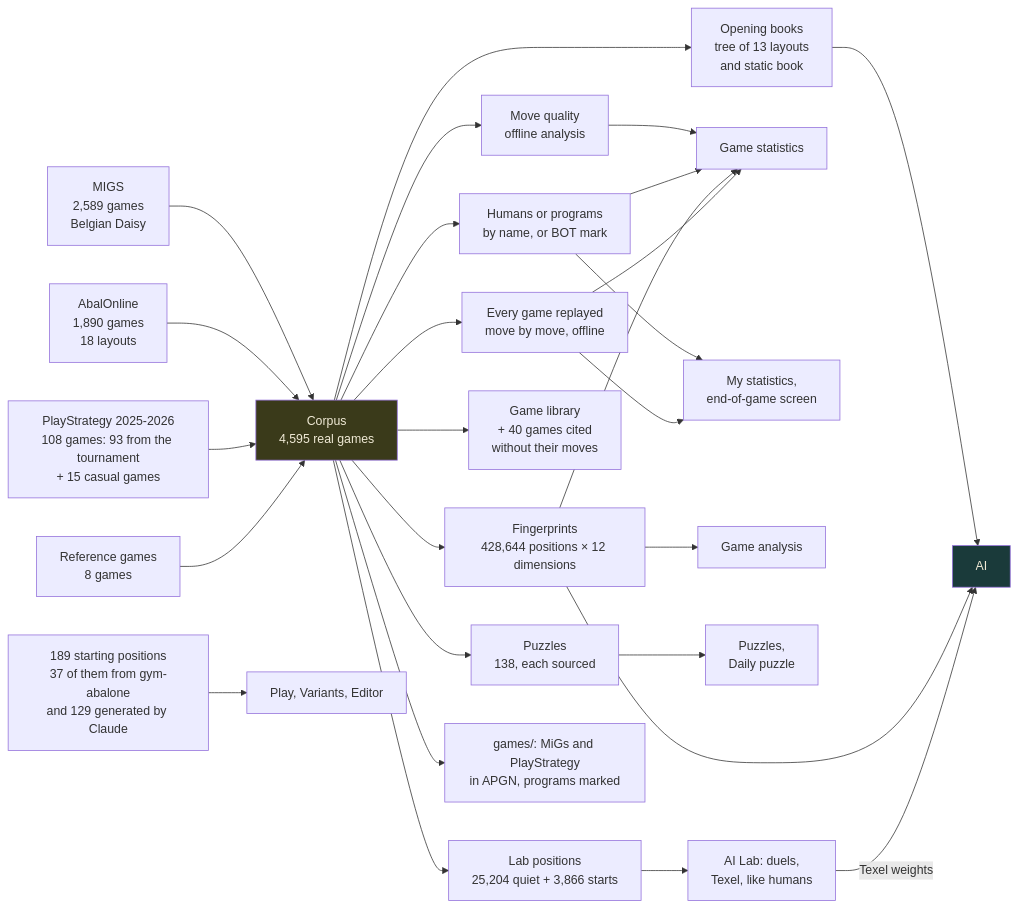
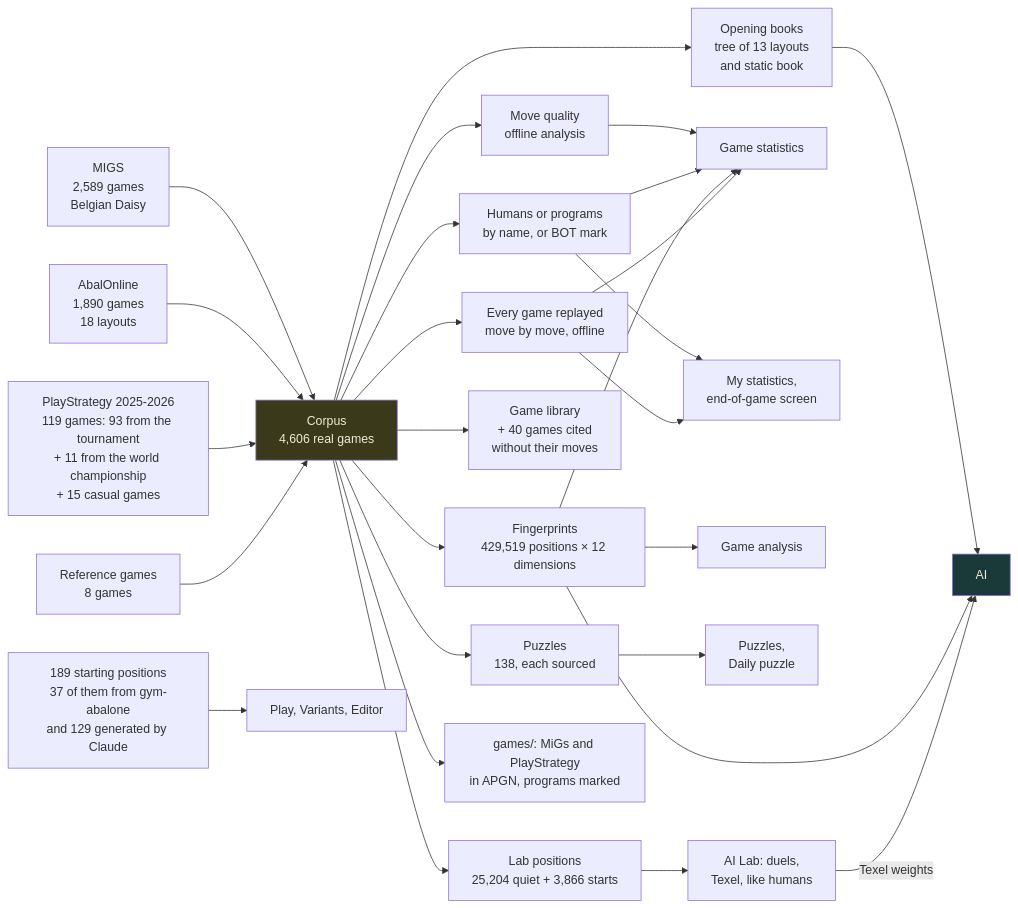
The second of 3 diagrams in docs-en/Architecture.en.md (ocj94/Abalassembly), drawn with Mermaid before and after one commit. The commit also changed other lines of this file and 33 other files, not shown here.

````diff
--- a/docs-en/Architecture.en.md
+++ b/docs-en/Architecture.en.md
@@ -69,34 +69,34 @@
 ```mermaid
 flowchart LR
-    S1[MIGS<br/>2,589 games<br/>Belgian Daisy] --> C[Corpus<br/>4,595 real games]
+    S1[MIGS<br/>2,589 games<br/>Belgian Daisy] --> C[Corpus<br/>4,606 real games]
     S2[AbalOnline<br/>1,890 games<br/>18 layouts] --> C
-    S3[PlayStrategy 2025-2026<br/>108 games: 93 from the tournament<br/>+ 15 casual games] --> C
+    S3[PlayStrategy 2025-2026<br/>119 games: 93 from the tournament<br/>+ 11 from the world championship<br/>+ 15 casual games] --> C
     S4[Reference games<br/>8 games] --> C
 
     C --> O[Opening books<br/>tree of 13 layouts<br/>and static book]
-    C --> E[Fingerprints<br/>428,644 positions × 12 dimensions]
+    C --> E[Fingerprints<br/>429,519 positions × 12 dimensions]
     C --> R[Every game replayed<br/>move by move, offline]
     C --> P[Puzzles<br/>138, each sourced]
     C --> LP[Lab positions<br/>25,204 quiet + 3,866 starts]
     C --> L[Game library<br/>+ 40 games cited<br/>without their moves]
     C --> Q[Move quality<br/>offline analysis]
     C --> HP[Humans or programs<br/>by name, or BOT mark]
     C --> AP[games/: MiGs and PlayStrategy<br/>in APGN, programs marked]
     D[189 starting positions<br/>37 of them from gym-abalone<br/>and 129 generated by Claude] --> V[Play, Variants, Editor]
     Q --> ST
     HP --> ST
     HP --> MS
 
     O --> AI[AI]
     E --> AI
     E --> AN[Game analysis]
     E --> ST[Game statistics]
     R --> ST
     R --> MS[My statistics,<br/>end-of-game screen]
     P --> PB[Puzzles,<br/>Daily puzzle]
     LP --> LAB[AI Lab: duels,<br/>Texel, like humans]
     LAB -->|Texel weights| AI
 
     style C fill:#3a3a1a,color:#f0ead6
     style AI fill:#1a3a3a,color:#f0ead6
 ```
````
